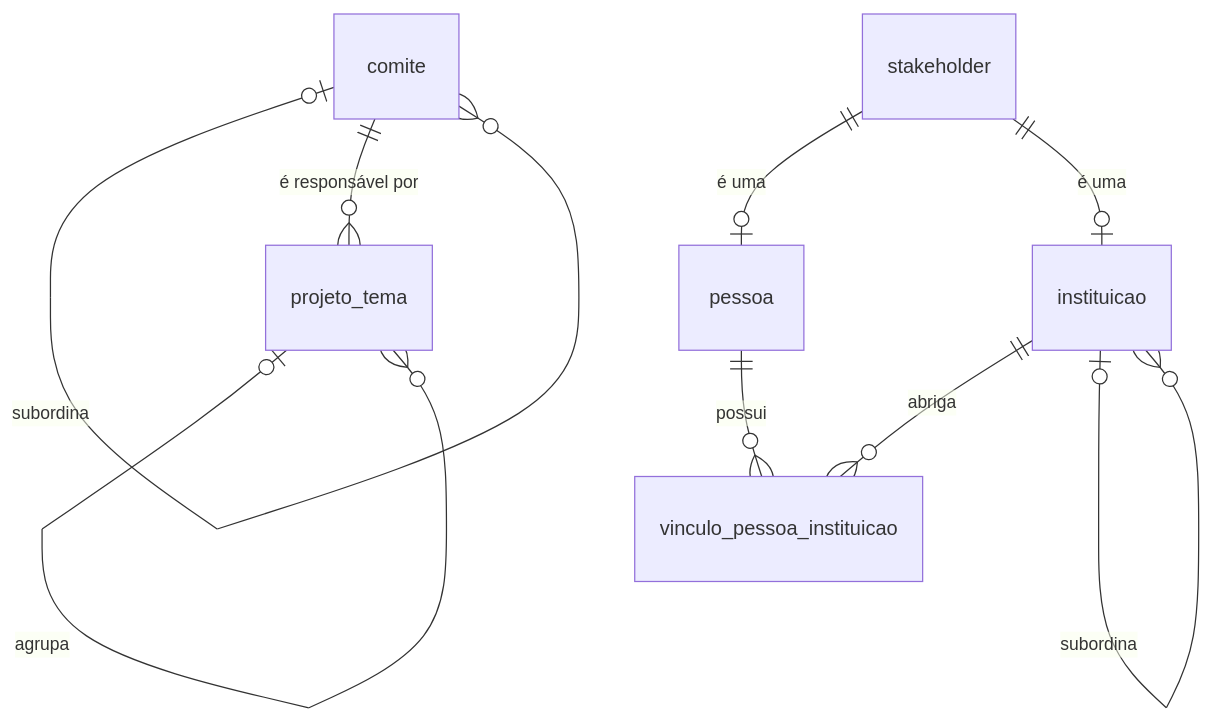
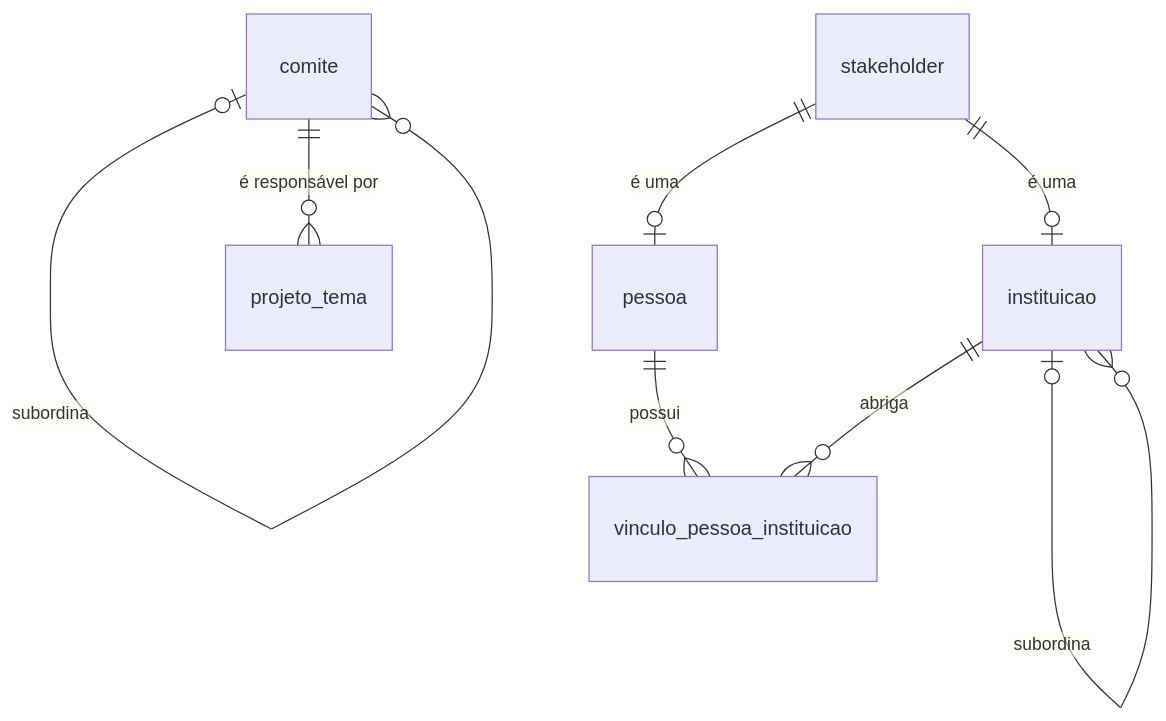
One commit to leorock7-sketch/crm-estrategico-es-em-acao changed the first of 5 diagrams in docs/MODELO_DADOS.md. Above: the diagram before and after it, drawn with Mermaid. The commit also changed other lines of this file and 69 other files, not shown here.

````diff
--- a/docs/MODELO_DADOS.md
+++ b/docs/MODELO_DADOS.md
@@ -53,11 +54,10 @@
 ```mermaid
 erDiagram
     comite |o--o{ comite : "subordina"
     comite ||--o{ projeto_tema : "é responsável por"
-    projeto_tema |o--o{ projeto_tema : "agrupa"
     stakeholder ||--o| pessoa : "é uma"
     stakeholder ||--o| instituicao : "é uma"
     pessoa ||--o{ vinculo_pessoa_instituicao : "possui"
     instituicao ||--o{ vinculo_pessoa_instituicao : "abriga"
     instituicao |o--o{ instituicao : "subordina"
 ```
````
